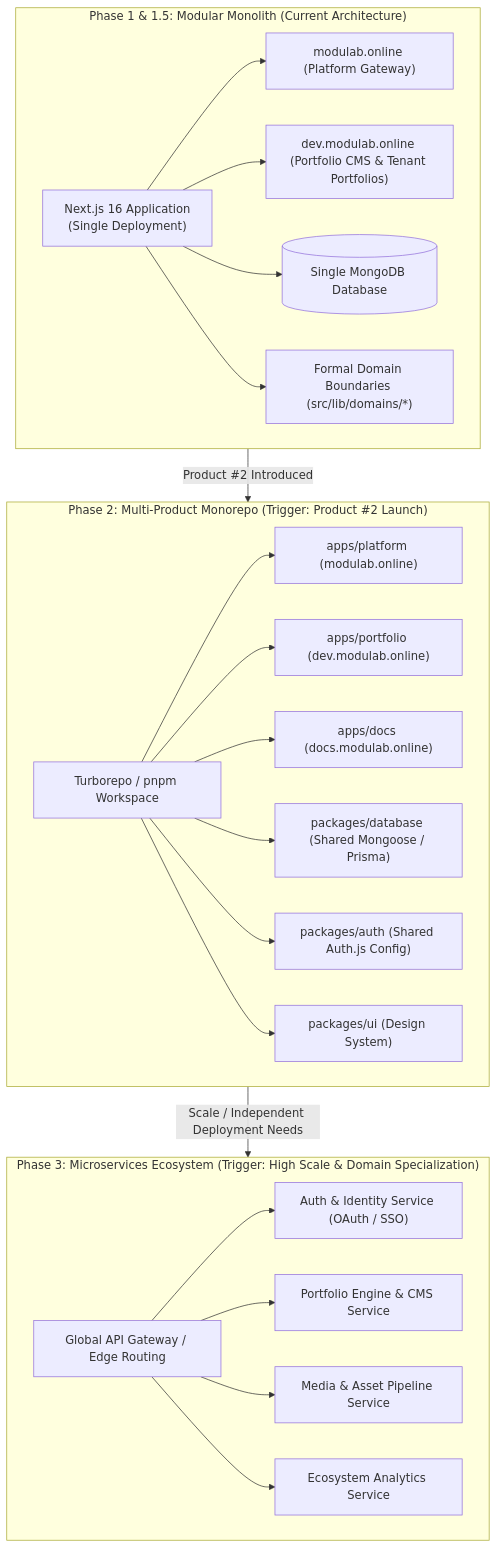
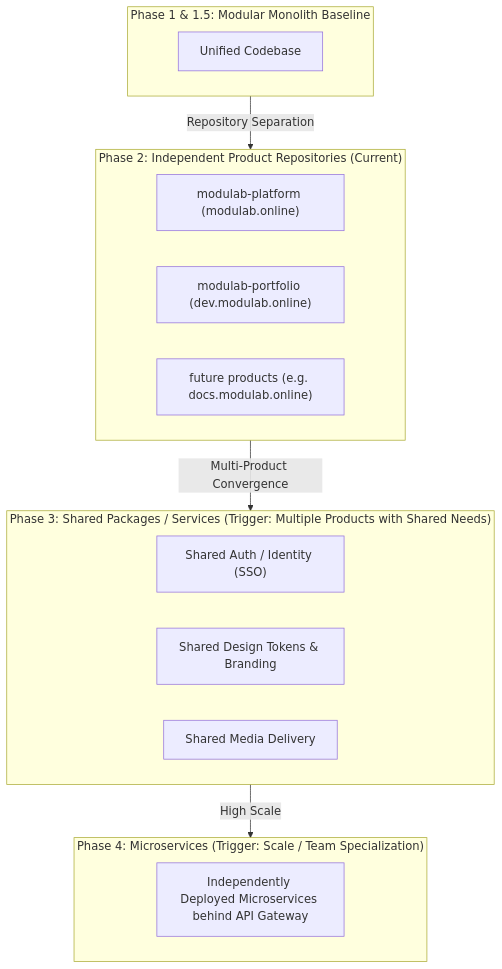
Before and after one commit to harishghorui/modulab-portfolio: the sixth of 6 diagrams in docs/architecture/ARCHITECTURE.md, drawn with Mermaid. The commit also changed other lines of this file and 14 other files, not shown here.

Commit message:
refactor: separate portfolio from platform

````diff
--- a/docs/architecture/ARCHITECTURE.md
+++ b/docs/architecture/ARCHITECTURE.md
@@ -315,38 +303,26 @@
 ```mermaid
 flowchart TD
-    subgraph Phase1["Phase 1 & 1.5: Modular Monolith (Current Architecture)"]
-        MonoApp["Next.js 16 Application<br/>(Single Deployment)"]
-        MonoApp --> M1["modulab.online (Platform Gateway)"]
-        MonoApp --> M2["dev.modulab.online (Portfolio CMS & Tenant Portfolios)"]
-        MonoDB[("Single MongoDB Database")]
-        MonoApp --> MonoDB
-        MonoDomainBoundary["Formal Domain Boundaries (src/lib/domains/*)"]
-        MonoApp --> MonoDomainBoundary
+    subgraph Phase1["Phase 1 & 1.5: Modular Monolith Baseline"]
+        MonoApp["Unified Codebase"]
     end
 
-    subgraph Phase2["Phase 2: Multi-Product Monorepo (Trigger: Product #2 Launch)"]
-        Turbo["Turborepo / pnpm Workspace"]
-        Turbo --> AppPlatform["apps/platform (modulab.online)"]
-        Turbo --> AppPortfolio["apps/portfolio (dev.modulab.online)"]
-        Turbo --> AppNewProduct["apps/docs (docs.modulab.online)"]
-        Turbo --> PkgDB["packages/database (Shared Mongoose / Prisma)"]
-        Turbo --> PkgAuth["packages/auth (Shared Auth.js Config)"]
-        Turbo --> PkgUI["packages/ui (Design System)"]
+    subgraph Phase2["Phase 2: Independent Product Repositories (Current)"]
+        RepoPlatform["modulab-platform (modulab.online)"]
+        RepoPortfolio["modulab-portfolio (dev.modulab.online)"]
+        RepoFuture["future products (e.g. docs.modulab.online)"]
     end
 
-    subgraph Phase3["Phase 3: Microservices Ecosystem (Trigger: High Scale & Domain Specialization)"]
-        MicroAuth["Auth & Identity Service (OAuth / SSO)"]
-        MicroPortfolio["Portfolio Engine & CMS Service"]
-        MicroMedia["Media & Asset Pipeline Service"]
-        MicroAnalytics["Ecosystem Analytics Service"]
-        APIGateway["Global API Gateway / Edge Routing"]
-        
-        APIGateway --> MicroAuth
-        APIGateway --> MicroPortfolio
-        APIGateway --> MicroMedia
-        APIGateway --> MicroAnalytics
+    subgraph Phase3["Phase 3: Shared Packages / Services (Trigger: Multiple Products with Shared Needs)"]
+        SharedAuth["Shared Auth / Identity (SSO)"]
+        SharedUI["Shared Design Tokens & Branding"]
+        SharedMedia["Shared Media Delivery"]
     end
 
-    Phase1 -->|Product #2 Introduced| Phase2
-    Phase2 -->|Scale / Independent Deployment Needs| Phase3
+    subgraph Phase4["Phase 4: Microservices (Trigger: Scale / Team Specialization)"]
+        MicroServices["Independently Deployed Microservices behind API Gateway"]
+    end
+
+    Phase1 -->|Repository Separation| Phase2
+    Phase2 -->|Multi-Product Convergence| Phase3
+    Phase3 -->|High Scale| Phase4
 ```
````
